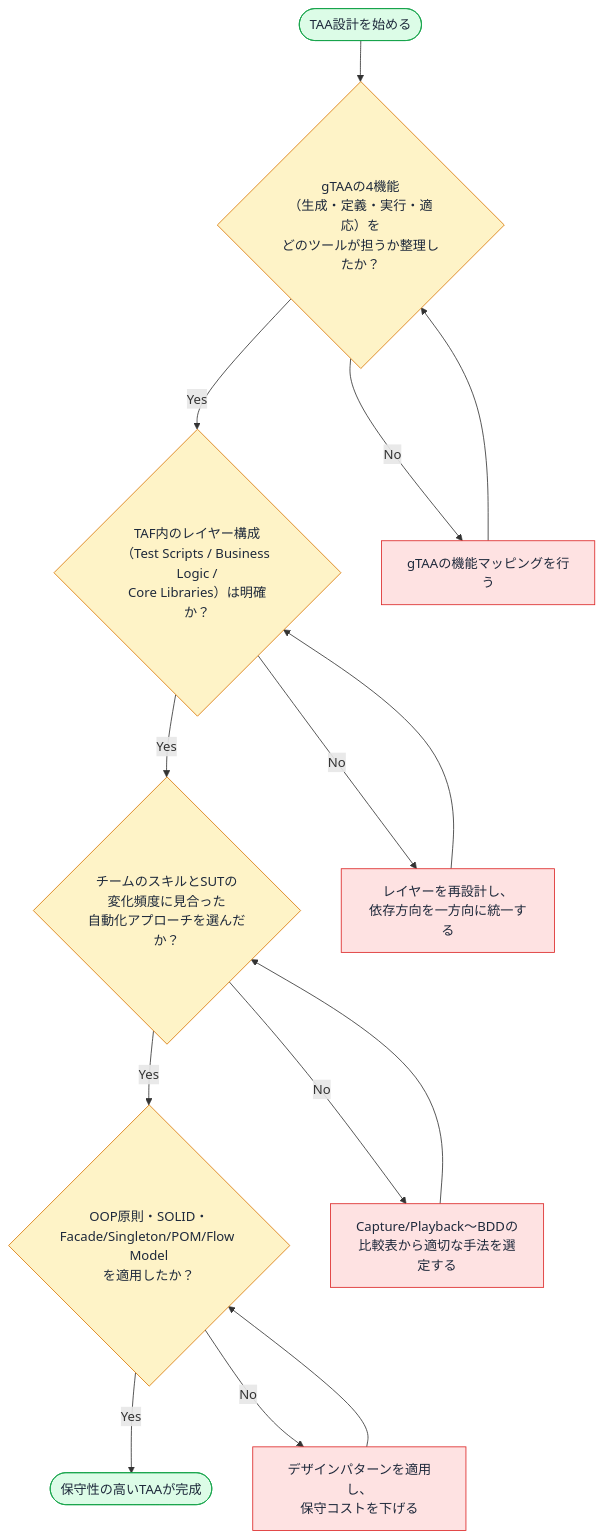
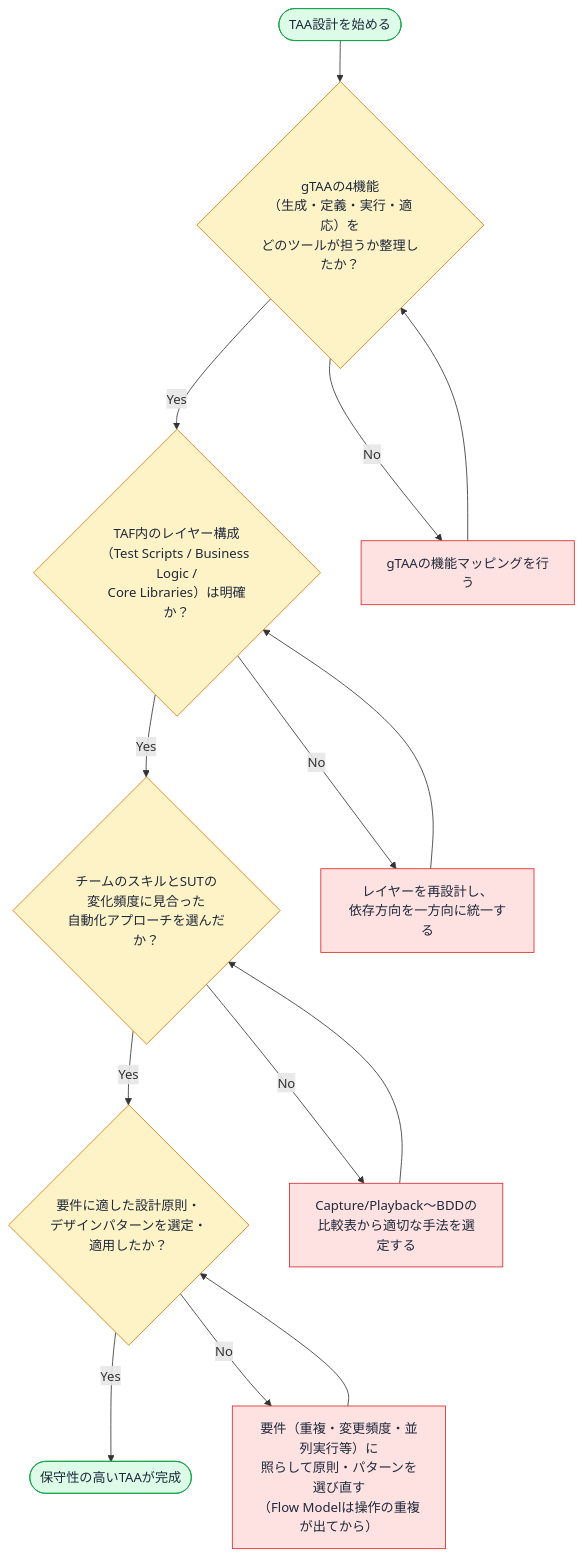
One commit to myoshi2891/Quality-Assurance-Studies changed the ninth of 9 diagrams in Ctal-tae-ch3-test-automation-architecture.md. Above: the diagram before and after it, drawn with Mermaid. The commit also changed 1 other file, not shown here.

Commit message:
docs(ctal-tae): refine design pattern selection and tool evaluation matrix

````diff
--- a/Ctal-tae-ch3-test-automation-architecture.md
+++ b/Ctal-tae-ch3-test-automation-architecture.md
@@ -352,19 +352,19 @@
 ```mermaid
 flowchart TB
     START(["TAA設計を始める"]) --> Q1{"gTAAの4機能<br/>（生成・定義・実行・適応）を<br/>どのツールが担うか整理したか？"}
     Q1 -->|Yes| Q2{"TAF内のレイヤー構成<br/>（Test Scripts / Business Logic /<br/>Core Libraries）は明確か？"}
     Q1 -->|No| A1["gTAAの機能マッピングを行う"] --> Q1
     Q2 -->|Yes| Q3{"チームのスキルとSUTの<br/>変化頻度に見合った<br/>自動化アプローチを選んだか？"}
     Q2 -->|No| A2["レイヤーを再設計し、<br/>依存方向を一方向に統一する"] --> Q2
-    Q3 -->|Yes| Q4{"OOP原則・SOLID・<br/>Facade/Singleton/POM/Flow Model<br/>を適用したか？"}
+    Q3 -->|Yes| Q4{"要件に適した設計原則・<br/>デザインパターンを選定・<br/>適用したか？"}
     Q3 -->|No| A3["Capture/Playback〜BDDの<br/>比較表から適切な手法を選定する"] --> Q3
     Q4 -->|Yes| DONE(["保守性の高いTAAが完成"])
-    Q4 -->|No| A4["デザインパターンを適用し、<br/>保守コストを下げる"] --> Q4
+    Q4 -->|No| A4["要件（重複・変更頻度・並列実行等）に<br/>照らして原則・パターンを選び直す<br/>（Flow Modelは操作の重複が出てから）"] --> Q4
 
     classDef q fill:#fef3c7,stroke:#d97706,color:#1e293b;
     classDef a fill:#fee2e2,stroke:#dc2626,color:#1e293b;
     classDef s fill:#dcfce7,stroke:#16a34a,color:#1e293b;
     class Q1,Q2,Q3,Q4 q
     class A1,A2,A3,A4 a
     class START,DONE s
 ```
````
